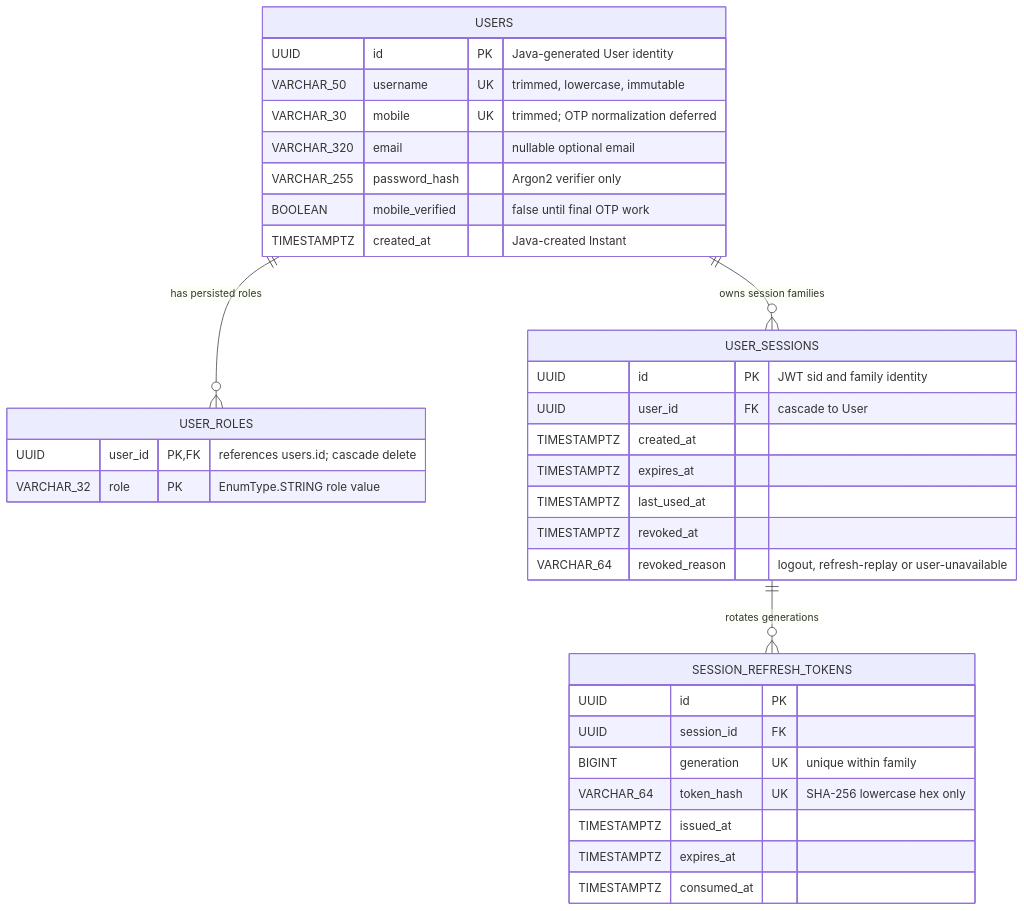
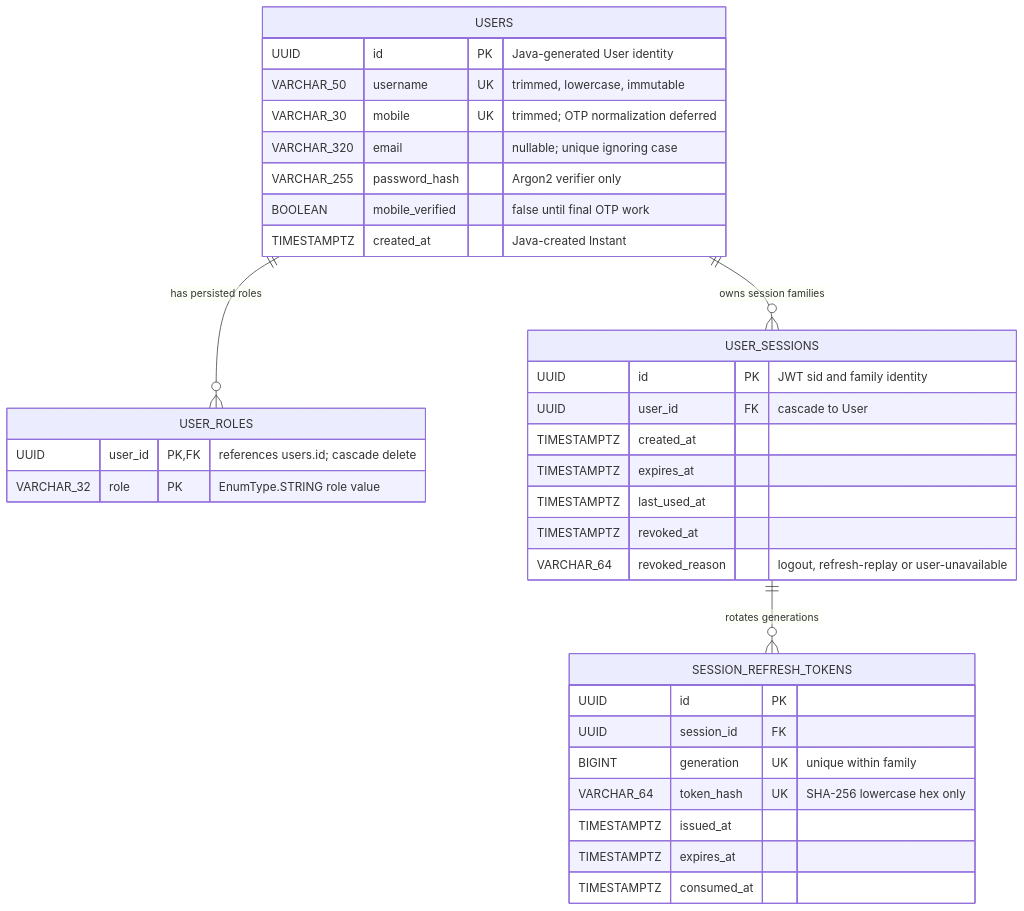
One commit to n-saakib/medi-wish-bd changed the first of 2 diagrams in backend/docs/db-architecture.md. Above: the diagram before and after it, drawn with Mermaid. The commit also changed other lines of this file and 54 other files, not shown here.

First line of the commit message:
Make optional emails unique and close session edge cases

````diff
--- a/backend/docs/db-architecture.md
+++ b/backend/docs/db-architecture.md
@@ -18,41 +18,41 @@
 ```mermaid
 erDiagram
     USERS ||--o{ USER_ROLES : "has persisted roles"
     USERS ||--o{ USER_SESSIONS : "owns session families"
     USER_SESSIONS ||--o{ SESSION_REFRESH_TOKENS : "rotates generations"
 
     USERS {
         UUID id PK "Java-generated User identity"
         VARCHAR_50 username UK "trimmed, lowercase, immutable"
         VARCHAR_30 mobile UK "trimmed; OTP normalization deferred"
-        VARCHAR_320 email "nullable optional email"
+        VARCHAR_320 email "nullable; unique ignoring case"
         VARCHAR_255 password_hash "Argon2 verifier only"
         BOOLEAN mobile_verified "false until final OTP work"
         TIMESTAMPTZ created_at "Java-created Instant"
     }
 
     USER_ROLES {
         UUID user_id PK, FK "references users.id; cascade delete"
         VARCHAR_32 role PK "EnumType.STRING role value"
     }
 
     USER_SESSIONS {
         UUID id PK "JWT sid and family identity"
         UUID user_id FK "cascade to User"
         TIMESTAMPTZ created_at
         TIMESTAMPTZ expires_at
         TIMESTAMPTZ last_used_at
         TIMESTAMPTZ revoked_at
         VARCHAR_64 revoked_reason "logout, refresh-replay or user-unavailable"
     }
 
     SESSION_REFRESH_TOKENS {
         UUID id PK
         UUID session_id FK
         BIGINT generation UK "unique within family"
         VARCHAR_64 token_hash UK "SHA-256 lowercase hex only"
         TIMESTAMPTZ issued_at
         TIMESTAMPTZ expires_at
         TIMESTAMPTZ consumed_at
     }
 ```
````
